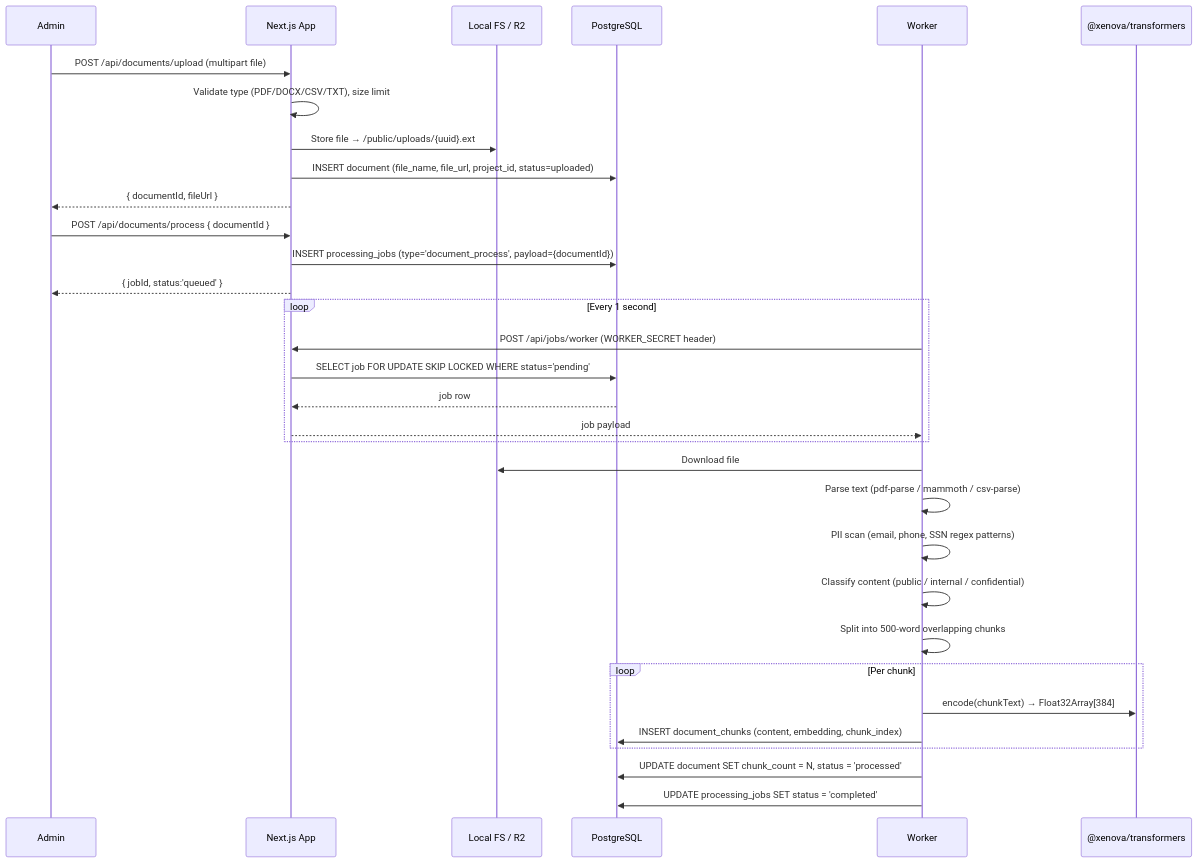
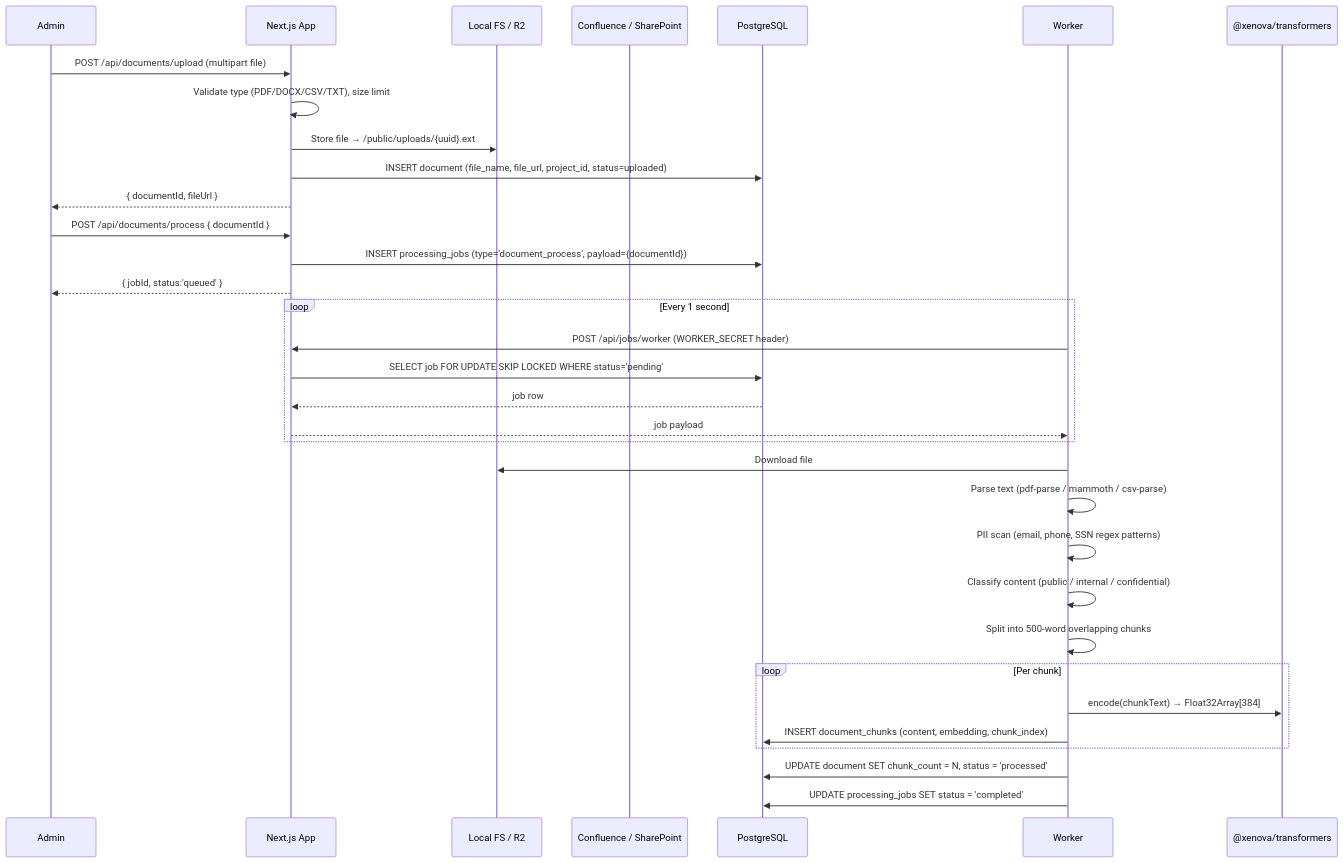
One commit to krishnaitha/Summit_Knowledge_Transition changed the fifth of 11 diagrams in docs/ARCHITECTURE.md. Above: the diagram before and after it, drawn with Mermaid. The commit also changed other lines of this file and 49 other files, not shown here.

````diff
--- a/docs/ARCHITECTURE.md
+++ b/docs/ARCHITECTURE.md
@@ -370,38 +373,39 @@
 ```mermaid
 sequenceDiagram
     participant Admin
     participant AppServer as Next.js App
     participant Storage as Local FS / R2
+    participant Connectors as Confluence / SharePoint
     participant DB as PostgreSQL
     participant Worker
     participant Embedder as @xenova/transformers
 
     Admin->>AppServer: POST /api/documents/upload (multipart file)
     AppServer->>AppServer: Validate type (PDF/DOCX/CSV/TXT), size limit
     AppServer->>Storage: Store file → /public/uploads/{uuid}.ext
     AppServer->>DB: INSERT document (file_name, file_url, project_id, status=uploaded)
     AppServer-->>Admin: { documentId, fileUrl }
 
     Admin->>AppServer: POST /api/documents/process { documentId }
     AppServer->>DB: INSERT processing_jobs (type='document_process', payload={documentId})
     AppServer-->>Admin: { jobId, status:'queued' }
 
     loop Every 1 second
         Worker->>AppServer: POST /api/jobs/worker (WORKER_SECRET header)
         AppServer->>DB: SELECT job FOR UPDATE SKIP LOCKED WHERE status='pending'
         DB-->>AppServer: job row
         AppServer-->>Worker: job payload
     end
 
     Worker->>Storage: Download file
     Worker->>Worker: Parse text (pdf-parse / mammoth / csv-parse)
     Worker->>Worker: PII scan (email, phone, SSN regex patterns)
     Worker->>Worker: Classify content (public / internal / confidential)
     Worker->>Worker: Split into 500-word overlapping chunks
     loop Per chunk
         Worker->>Embedder: encode(chunkText) → Float32Array[384]
         Worker->>DB: INSERT document_chunks (content, embedding, chunk_index)
     end
     Worker->>DB: UPDATE document SET chunk_count = N, status = 'processed'
     Worker->>DB: UPDATE processing_jobs SET status = 'completed'
 ```
````
